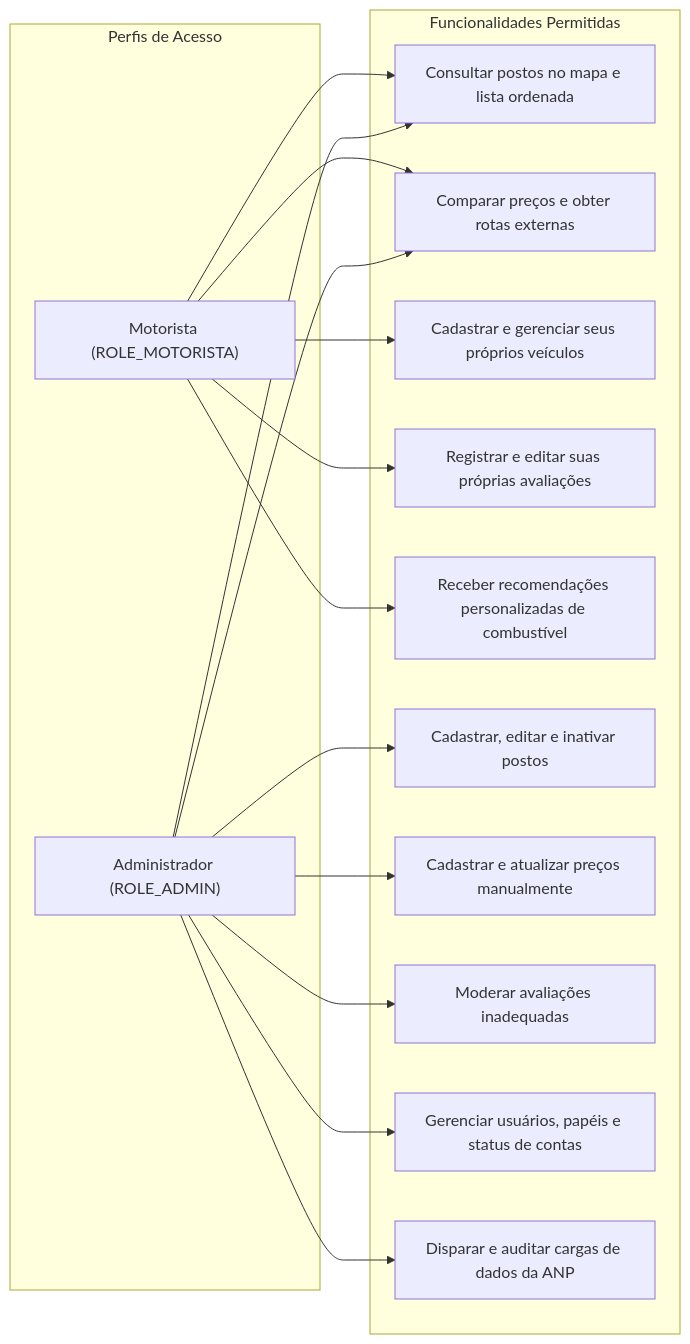
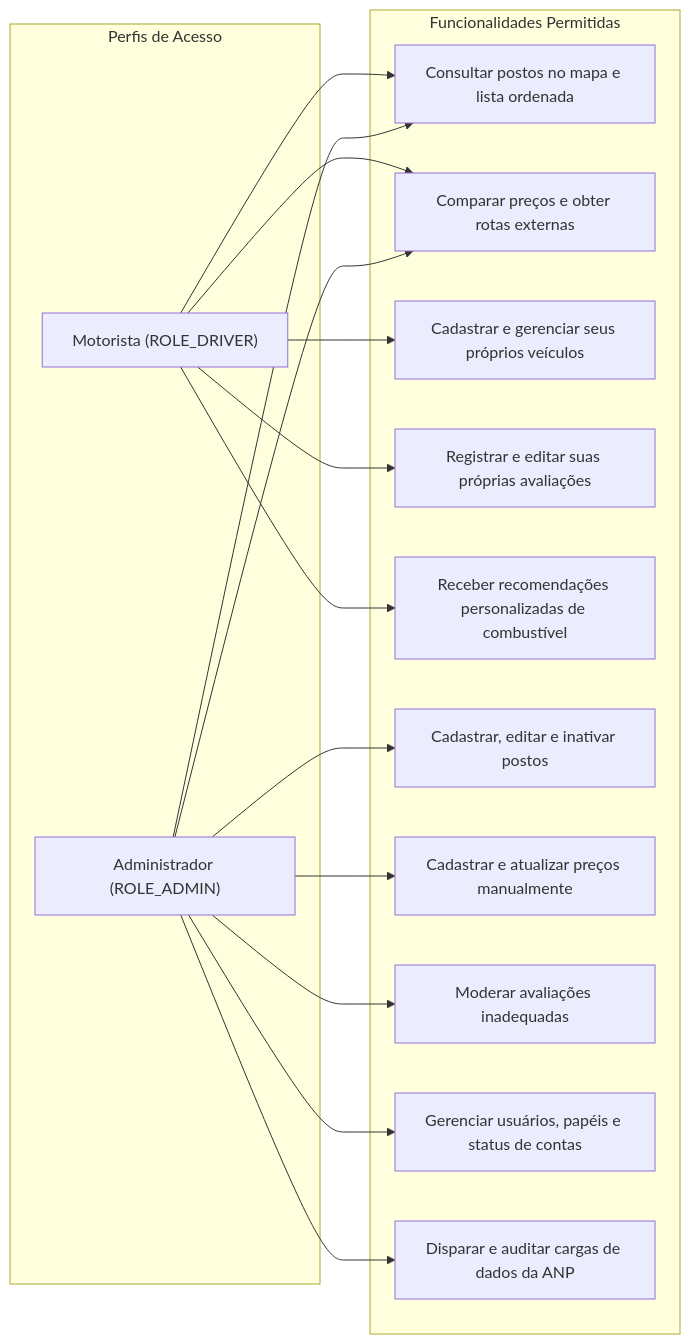
The second of 6 diagrams in .ai/architecture.md (fuguharawillian/FuelFinder-), drawn with Mermaid before and after one commit. The commit also changed other lines of this file and 201 other files, not shown here.

````diff
--- a/.ai/architecture.md
+++ b/.ai/architecture.md
@@ -88,34 +100,34 @@
 ```mermaid
 flowchart LR
     subgraph PERFIS[Perfis de Acesso]
-        MOTORISTA["Motorista (ROLE_MOTORISTA)"]
+        DRIVER["Motorista (ROLE_DRIVER)"]
         ADMIN["Administrador (ROLE_ADMIN)"]
     end
 
     subgraph FUNCS[Funcionalidades Permitidas]
         F1[Consultar postos no mapa e lista ordenada]
         F2[Comparar preços e obter rotas externas]
         F3[Cadastrar e gerenciar seus próprios veículos]
         F4[Registrar e editar suas próprias avaliações]
         F5[Receber recomendações personalizadas de combustível]
         F6[Cadastrar, editar e inativar postos]
         F7[Cadastrar e atualizar preços manualmente]
         F8[Moderar avaliações inadequadas]
         F9[Gerenciar usuários, papéis e status de contas]
         F10[Disparar e auditar cargas de dados da ANP]
     end
 
-    MOTORISTA --> F1
-    MOTORISTA --> F2
-    MOTORISTA --> F3
-    MOTORISTA --> F4
-    MOTORISTA --> F5
+    DRIVER --> F1
+    DRIVER --> F2
+    DRIVER --> F3
+    DRIVER --> F4
+    DRIVER --> F5
 
     ADMIN --> F1
     ADMIN --> F2
     ADMIN --> F6
     ADMIN --> F7
     ADMIN --> F8
     ADMIN --> F9
     ADMIN --> F10
 ```
````
